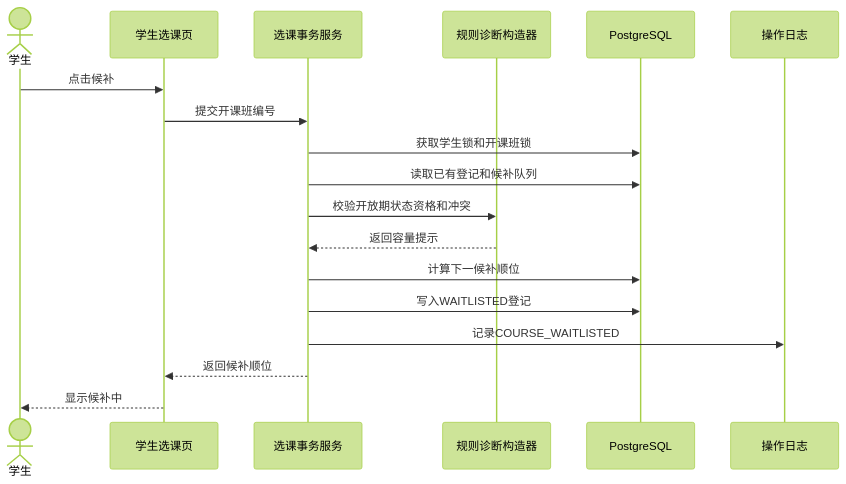
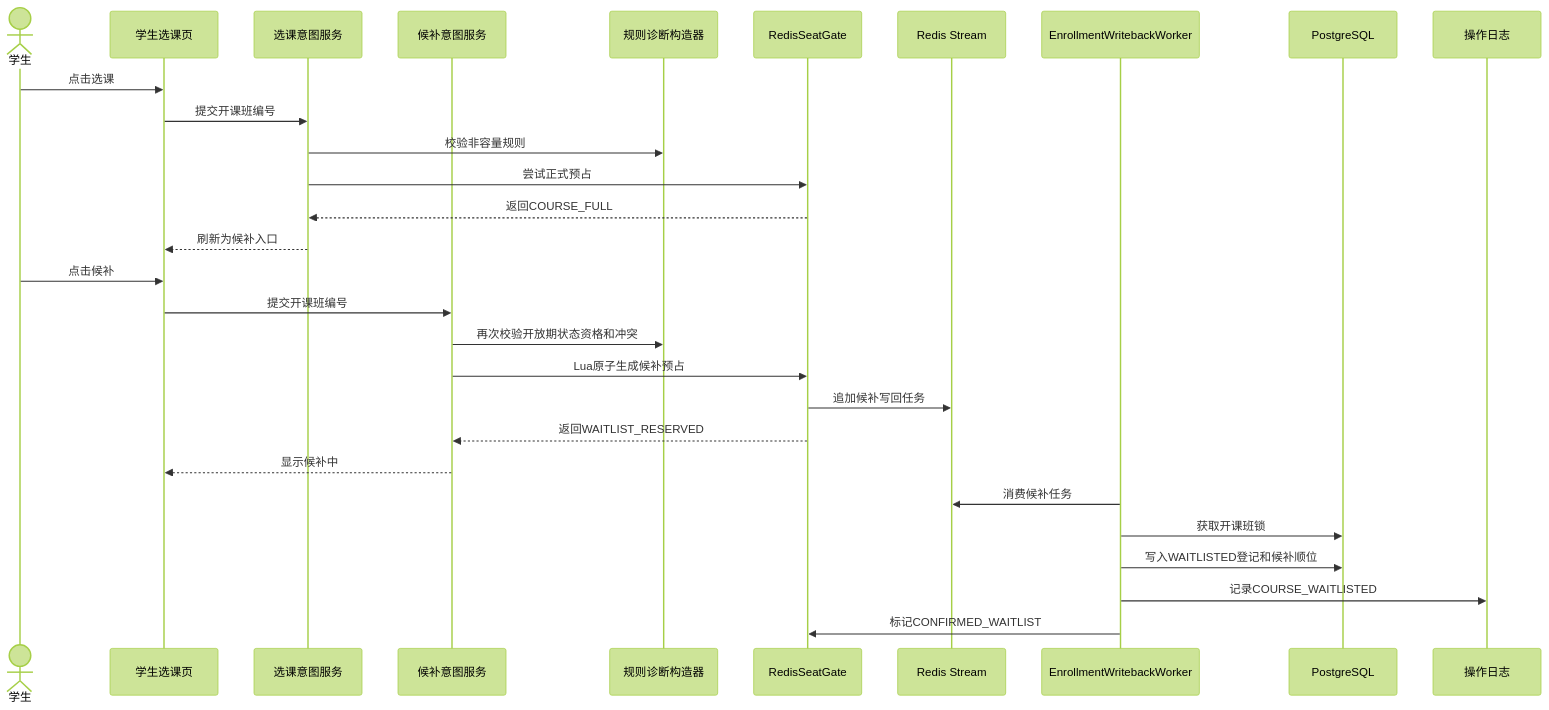
Before and after one commit to schenfune/homework2606: the second of 4 diagrams in course-reports/sequence-diagrams.md, drawn with Mermaid (forest theme). The commit also changed other lines of this file and 20 other files, not shown here.

````diff
--- a/course-reports/sequence-diagrams.md
+++ b/course-reports/sequence-diagrams.md
@@ -38,21 +46,32 @@
 ```mermaid
 sequenceDiagram
     actor Student as 学生
     participant Page as 学生选课页
-    participant Service as 选课事务服务
+    participant Select as 选课意图服务
+    participant Waitlist as 候补意图服务
     participant Rule as 规则诊断构造器
+    participant Gate as RedisSeatGate
+    participant Stream as Redis Stream
+    participant Worker as EnrollmentWritebackWorker
     participant DB as PostgreSQL
     participant Log as 操作日志
 
+    Student->>Page: 点击选课
+    Page->>Select: 提交开课班编号
+    Select->>Rule: 校验非容量规则
+    Select->>Gate: 尝试正式预占
+    Gate-->>Select: 返回COURSE_FULL
+    Select-->>Page: 刷新为候补入口
     Student->>Page: 点击候补
-    Page->>Service: 提交开课班编号
-    Service->>DB: 获取学生锁和开课班锁
-    Service->>DB: 读取已有登记和候补队列
-    Service->>Rule: 校验开放期状态资格和冲突
-    Rule-->>Service: 返回容量提示
-    Service->>DB: 计算下一候补顺位
-    Service->>DB: 写入WAITLISTED登记
-    Service->>Log: 记录COURSE_WAITLISTED
-    Service-->>Page: 返回候补顺位
-    Page-->>Student: 显示候补中
+    Page->>Waitlist: 提交开课班编号
+    Waitlist->>Rule: 再次校验开放期状态资格和冲突
+    Waitlist->>Gate: Lua原子生成候补预占
+    Gate->>Stream: 追加候补写回任务
+    Gate-->>Waitlist: 返回WAITLIST_RESERVED
+    Waitlist-->>Page: 显示候补中
+    Worker->>Stream: 消费候补任务
+    Worker->>DB: 获取开课班锁
+    Worker->>DB: 写入WAITLISTED登记和候补顺位
+    Worker->>Log: 记录COURSE_WAITLISTED
+    Worker->>Gate: 标记CONFIRMED_WAITLIST
 ```
````
